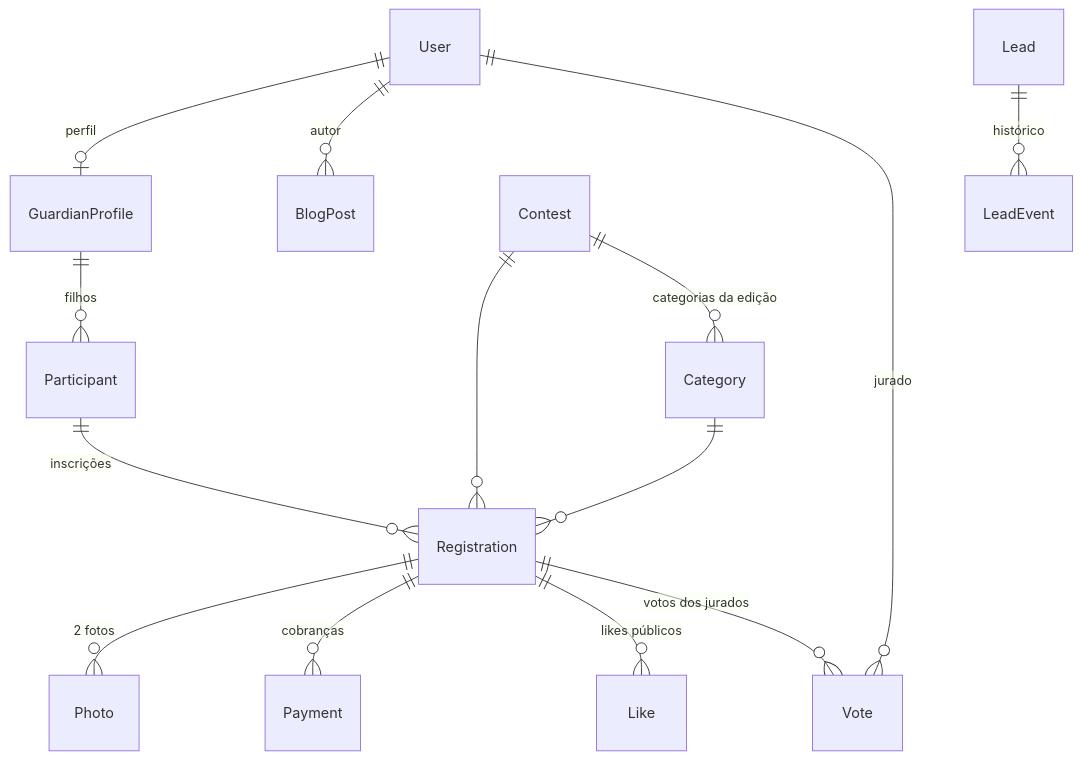
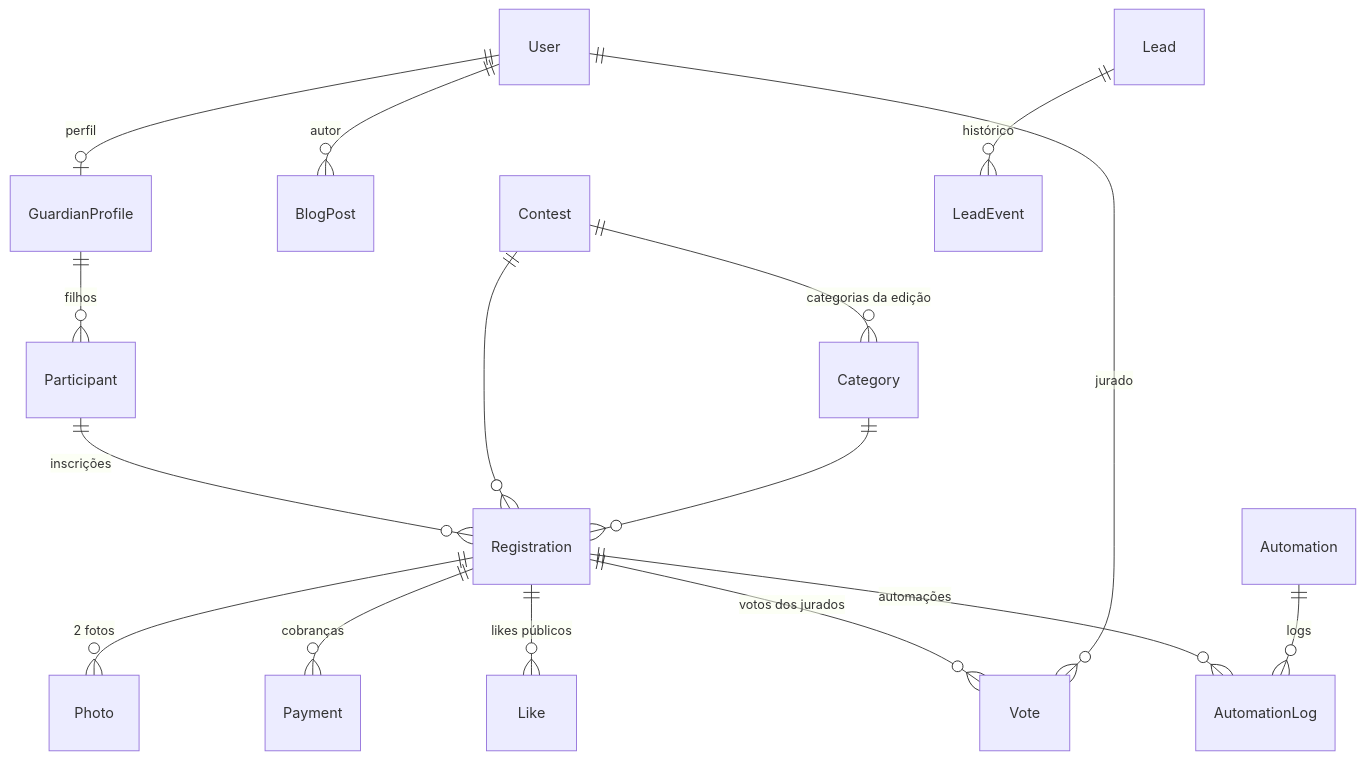
One commit to gustavoborgs/ccmf-platform changed the diagram in docs/03-modelo-de-dados.md. Above: the diagram before and after it, drawn with Mermaid. The commit also changed other lines of this file and 22 other files, not shown here.

````diff
--- a/docs/03-modelo-de-dados.md
+++ b/docs/03-modelo-de-dados.md
@@ -7,16 +7,18 @@
 ```mermaid
 erDiagram
     User ||--o| GuardianProfile : "perfil"
     User ||--o{ BlogPost : "autor"
     GuardianProfile ||--o{ Participant : "filhos"
     Participant ||--o{ Registration : "inscrições"
     Contest ||--o{ Registration : ""
     Contest ||--o{ Category : "categorias da edição"
     Category ||--o{ Registration : ""
     Registration ||--o{ Photo : "2 fotos"
     Registration ||--o{ Payment : "cobranças"
     Registration ||--o{ Like : "likes públicos"
     Registration ||--o{ Vote : "votos dos jurados"
+    Registration ||--o{ AutomationLog : "automações"
+    Automation ||--o{ AutomationLog : "logs"
     User ||--o{ Vote : "jurado"
     Lead ||--o{ LeadEvent : "histórico"
 ```
````
